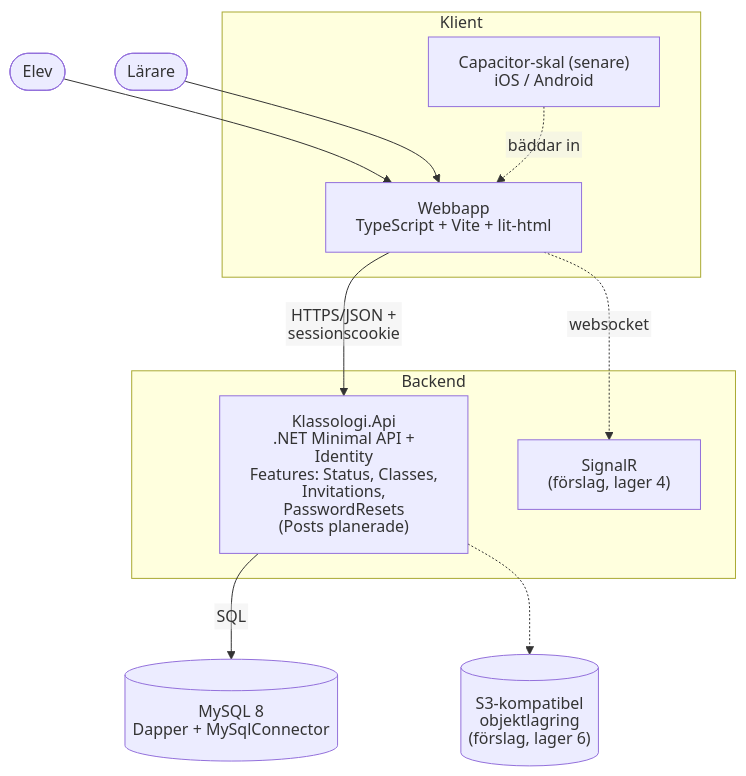
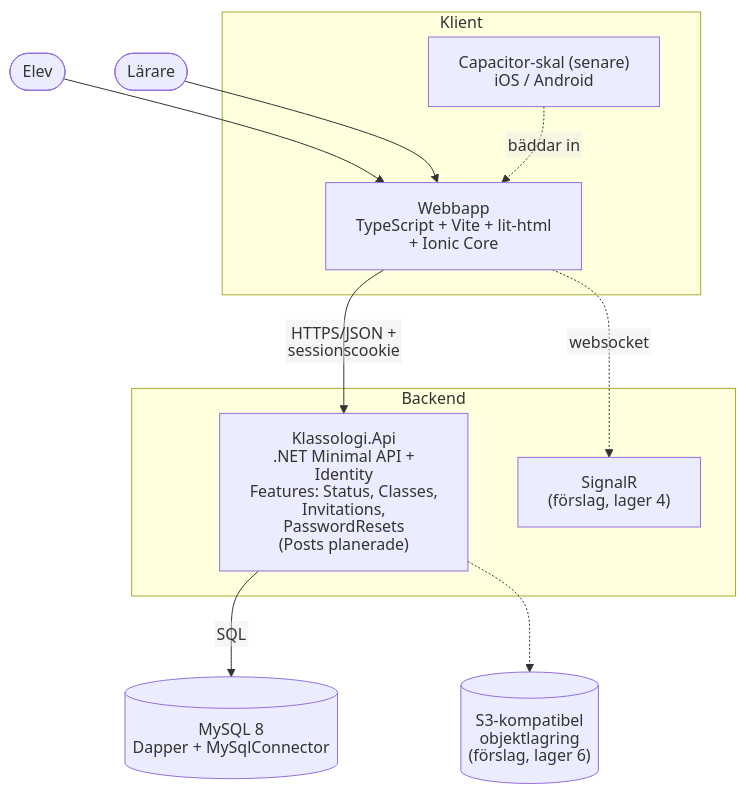
One commit to WeeHorse/Klassologi changed the second of 3 diagrams in Specifications/Architecture.md. Above: the diagram before and after it, drawn with Mermaid. The commit also changed other lines of this file and 10 other files, not shown here.

````diff
--- a/Specifications/Architecture.md
+++ b/Specifications/Architecture.md
@@ -36,27 +36,27 @@
 ```mermaid
 %%{init: {"htmlLabels": false, "flowchart": {"htmlLabels": false}}}%%
 flowchart TB
     elev([Elev])
     larare([Lärare])
 
     subgraph klient[Klient]
-        web["Webbapp<br/>TypeScript + Vite + lit-html"]
+        web["Webbapp<br/>TypeScript + Vite + lit-html<br/>+ Ionic Core"]
         cap["Capacitor-skal (senare)<br/>iOS / Android"]
     end
 
     subgraph backend[Backend]
         api["Klassologi.Api<br/>.NET Minimal API + Identity<br/>Features: Status, Classes,<br/>Invitations, PasswordResets<br/>(Posts planerade)"]
         rt["SignalR<br/>(förslag, lager 4)"]
     end
 
     db[("MySQL 8<br/>Dapper + MySqlConnector")]
     s3[("S3-kompatibel objektlagring<br/>(förslag, lager 6)")]
 
     elev --> web
     larare --> web
     cap -. bäddar in .-> web
     web -- HTTPS/JSON + sessionscookie --> api
     web -. websocket .-> rt
     api -- SQL --> db
     api -.-> s3
 ```
````
